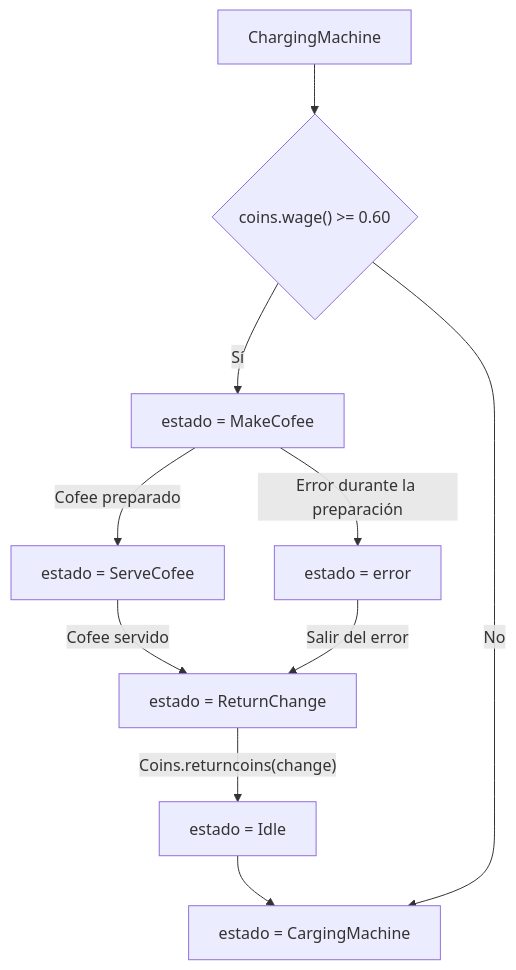
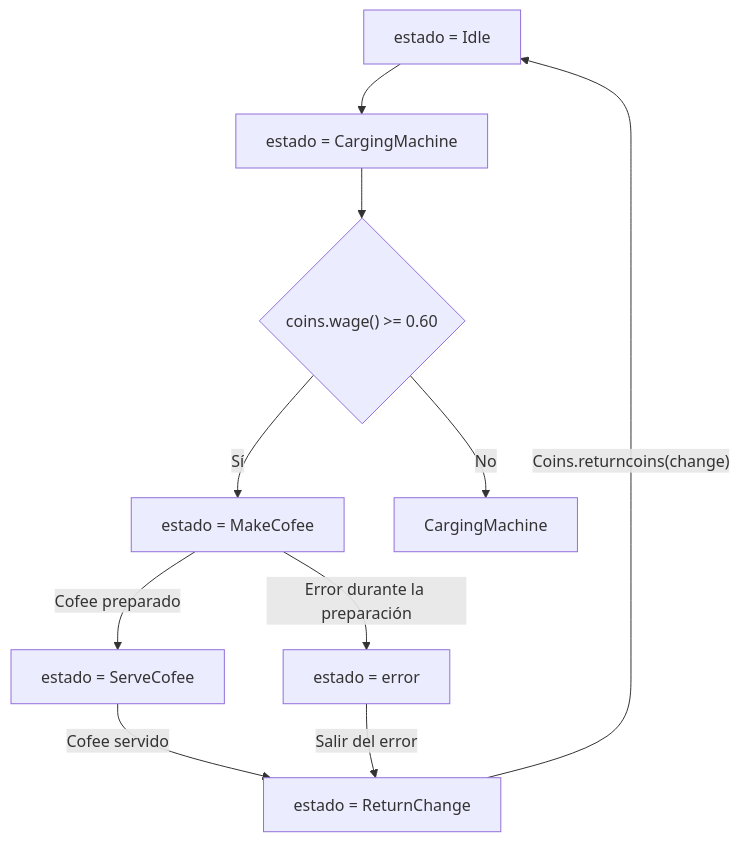
The first of 3 diagrams in README.md (anxovaz/maquina-cafe), drawn with Mermaid before and after one commit.

Commit message:
Fi mermaid Readme

````diff
--- a/README.md
+++ b/README.md
@@ -6,13 +6,13 @@
 ```mermaid
 flowchart TD
-    Idle["estado = Idle"] --> CargingMachine["estado = CargingMachine"]
+    Idle["estado = Idle"] --> ChargingMachine["estado = CargingMachine"]
     ChargingMachine --> CoinsCheck
     CoinsCheck{"coins.wage() >= 0.60"}
     CoinsCheck -->|Sí| MakeCofee["estado = MakeCofee"]
     CoinsCheck -->|No| CargingMachine
     MakeCofee -->|Cofee preparado| ServeCofee["estado = ServeCofee"]
     MakeCofee -->|Error durante la preparación| Error["estado = error"]
     ServeCofee -->|Cofee servido| ReturnChange["estado = ReturnChange"]
     Error -->|Salir del error| ReturnChange
     ReturnChange -->|"Coins.returncoins(change)"| Idle
 ```
````
